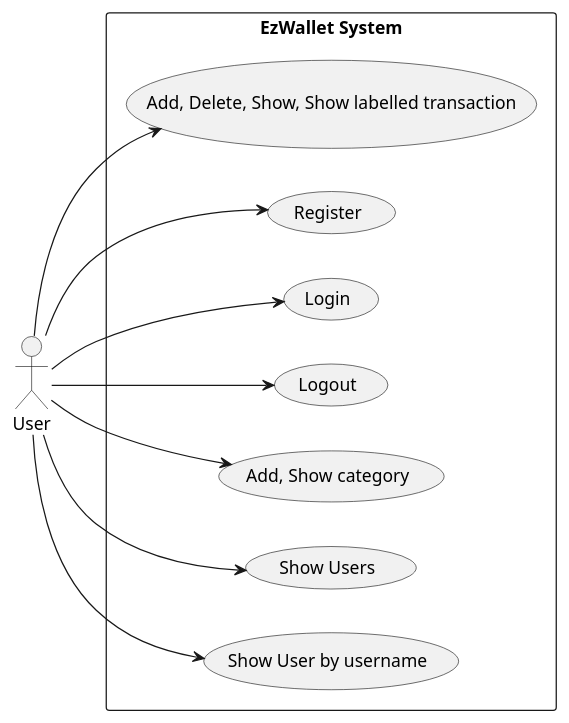
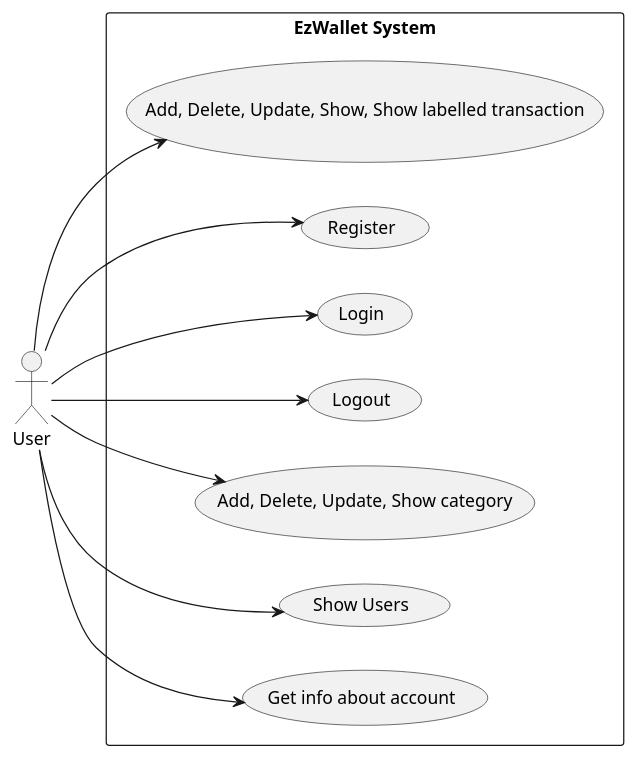
The second of 5 diagrams in RequirementsDocumentV2.md (lara-m2000/ezwallet), drawn with PlantUML before and after one commit. The commit also changed other lines of this file, not shown here.

Commit message:
docs: updated use cases, context diagram and use case diagram

````diff
--- a/RequirementsDocumentV2.md
+++ b/RequirementsDocumentV2.md
@@ -213,30 +215,30 @@
 ```plantuml
 @startuml
 left to right direction
 
 actor User
 
 rectangle "EzWallet System" as System {
-	usecase "Add, Delete, Show, Show labelled transaction" as Transaction
+	usecase "Add, Delete, Update, Show, Show labelled transaction" as Transaction
 
 	usecase Register
 	usecase Login
 	usecase Logout
 
-	usecase "Add, Show category" as Category
+	usecase "Add, Delete, Update, Show category" as Category
 
 	usecase "Show Users" as SUsers
-	usecase "Show User by username" as UUsers
+	usecase "Get info about account" as UUsers
 }
 
 User --> Transaction
 User --> Category
 User --> Register
 User --> Login
 User --> Logout
 User --> SUsers
 User --> UUsers
 
 
 @enduml
 ```
````
